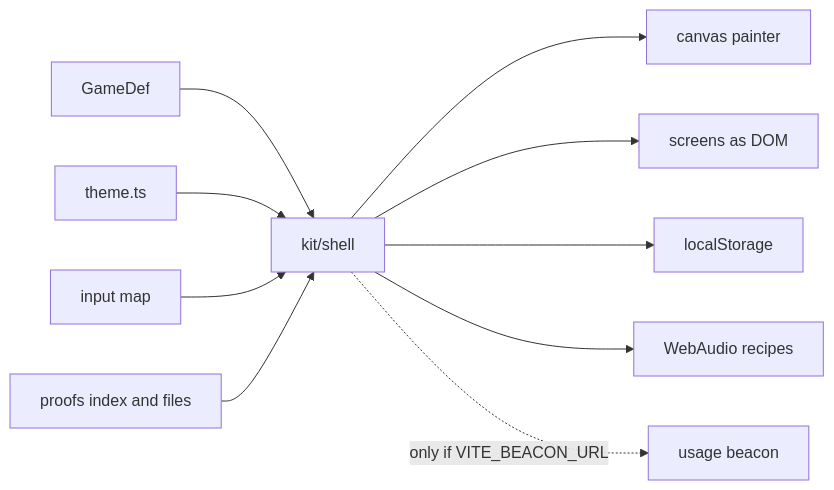
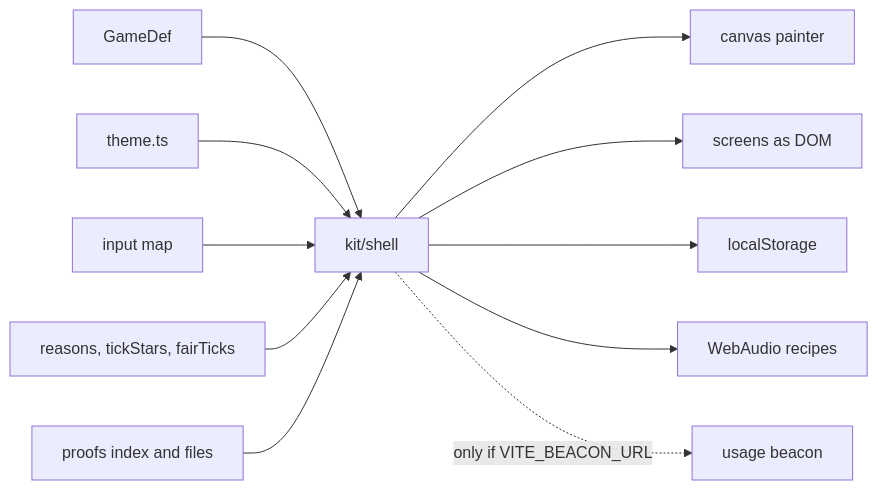
The diagram in .kiro/specs/shell-and-site/design.md (Midknight56/skeleton-kit), drawn with Mermaid before and after one commit. The commit also changed other lines of this file and 3 other files, not shown here.

````diff
--- a/.kiro/specs/shell-and-site/design.md
+++ b/.kiro/specs/shell-and-site/design.md
@@ -9,12 +11,13 @@
 ```mermaid
 flowchart LR
   def[GameDef] --> shell[kit/shell]
   theme[theme.ts] --> shell
   input[input map] --> shell
+  texts[reasons, tickStars, fairTicks] --> shell
   proofs[proofs index and files] --> shell
   shell --> canvas[canvas painter]
   shell --> dom[screens as DOM]
   shell --> store[localStorage]
   shell --> audio[WebAudio recipes]
   shell -. only if VITE_BEACON_URL .-> beacon[usage beacon]
 ```
````
